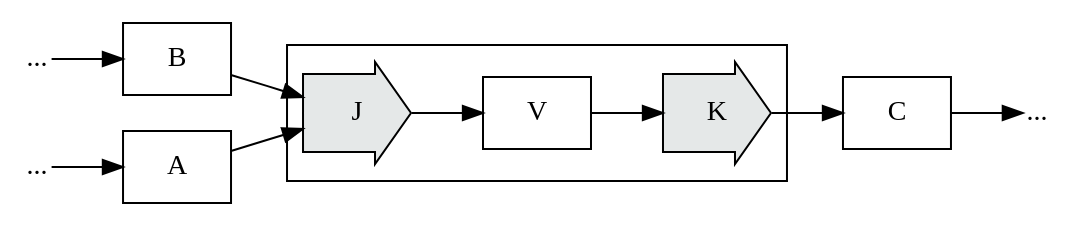
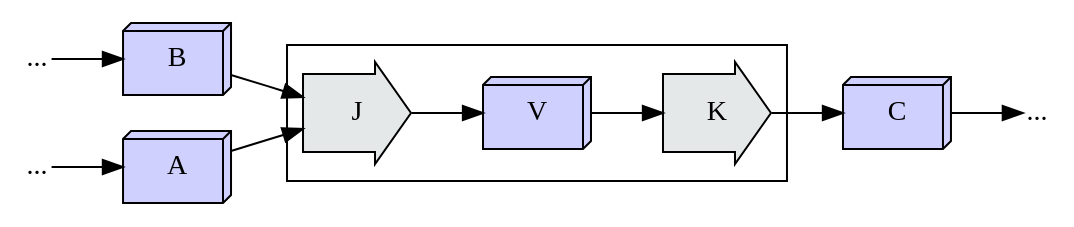
Before and after one commit to crutcher/crutcher.github.io-source: diagram 43 of 55 in source/Tapestry/index.md, drawn with Graphviz. The commit also changed other lines of this file and 2 other files, not shown here.

````diff
--- a/source/Tapestry/index.md
+++ b/source/Tapestry/index.md
@@ -5777,40 +5844,38 @@
 ```graphviz
 digraph G {
     rankdir=LR;
-    
-    A, B, C [shape=box];
-
+    A, B, C [shape=box3d, fillcolor="#d0d0ff", style=filled];
     
     subgraph cluster_0 {
-      V [shape=box];
+      V [shape=box3d, fillcolor="#d0d0ff", style=filled];
       
       J [
           label=J,
           shape=rarrow,
           style=filled,
           fillcolor="#E5E8E8",
           margin=0.25
       ];
       
       K [
           label=K,
           shape=rarrow,
           style=filled,
           fillcolor="#E5E8E8",
           margin=0.25
       ];
       
       J -> V;
       V -> K;
     }
     
     A -> J;
     B -> J;
     K -> C;
     
     G1, G2, G3 [label="...", shape=plain];
     G1 -> A;
     G2 -> B;
     C -> G3;
 }
 ```
````
